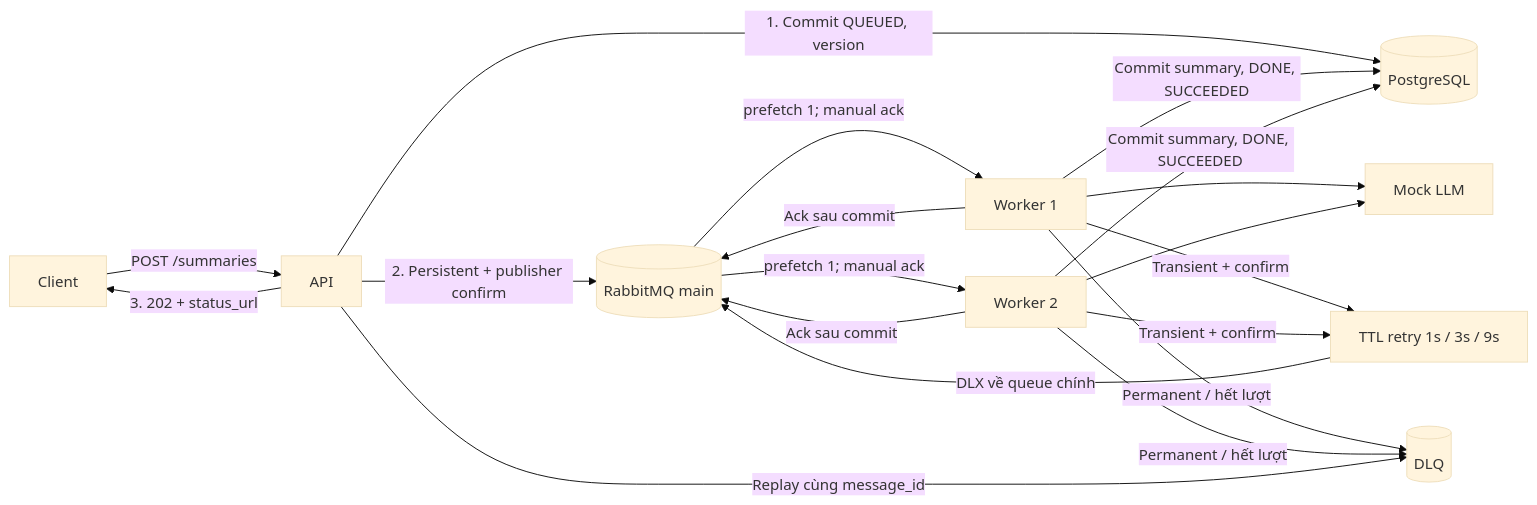
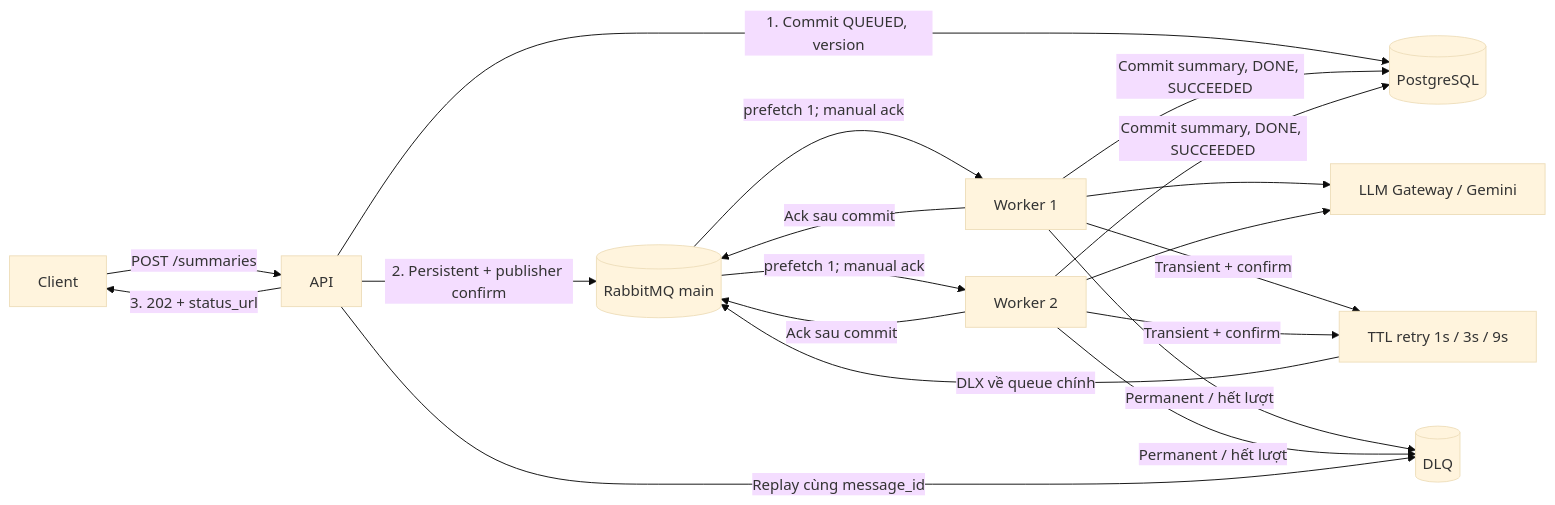
The diagram in docs/ARCHITECTURE.md (ngnam2012/hcmus-web-block8), drawn with Mermaid (base theme) before and after one commit. The commit also changed other lines of this file and 46 other files, not shown here.

````diff
--- a/docs/ARCHITECTURE.md
+++ b/docs/ARCHITECTURE.md
@@ -5,16 +5,16 @@
 ```mermaid
 flowchart LR
     C[Client] -->|POST /summaries| A[API]
     A -->|1. Commit QUEUED, version| P[(PostgreSQL)]
     A -->|2. Persistent + publisher confirm| Q[(RabbitMQ main)]
     A -->|3. 202 + status_url| C
     Q -->|prefetch 1; manual ack| W1[Worker 1]
     Q -->|prefetch 1; manual ack| W2[Worker 2]
-    W1 & W2 --> M[Mock LLM]
+    W1 & W2 --> M[LLM Gateway / Gemini]
     W1 & W2 -->|Commit summary, DONE, SUCCEEDED| P
     W1 & W2 -->|Ack sau commit| Q
     W1 & W2 -->|Transient + confirm| R[TTL retry 1s / 3s / 9s]
     R -->|DLX về queue chính| Q
     W1 & W2 -->|Permanent / hết lượt| D[(DLQ)]
     A -->|Replay cùng message_id| D
 ```
````
